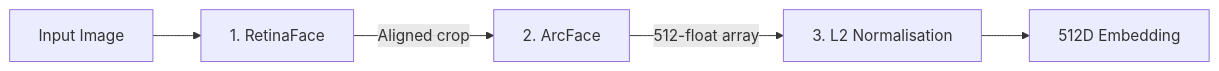
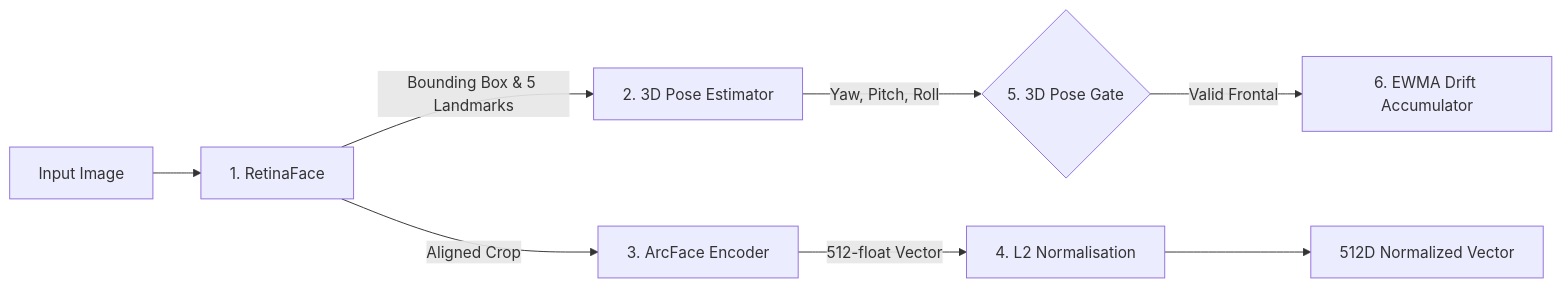
One commit to ArnavPundir22/Face-Attendance-System-Web-Version changed the diagram in docs/ml_pipeline.md. Above: the diagram before and after it, drawn with Mermaid. The commit also changed other lines of this file and 20 other files, not shown here.

````diff
--- a/docs/ml_pipeline.md
+++ b/docs/ml_pipeline.md
@@ -11,7 +11,10 @@
 ```mermaid
 graph LR
     Input[Input Image] --> Retina[1. RetinaFace]
-    Retina --> |Aligned crop| Arc[2. ArcFace]
-    Arc --> |512-float array| L2[3. L2 Normalisation]
-    L2 --> Output[512D Embedding]
+    Retina --> |Bounding Box & 5 Landmarks| Pose[2. 3D Pose Estimator]
+    Retina --> |Aligned Crop| Arc[3. ArcFace Encoder]
+    Arc --> |512-float Vector| L2[4. L2 Normalisation]
+    Pose --> |Yaw, Pitch, Roll| Gate{5. 3D Pose Gate}
+    L2 --> Vector[512D Normalized Vector]
+    Gate --> |Valid Frontal| Drift[6. EWMA Drift Accumulator]
 ```
````
